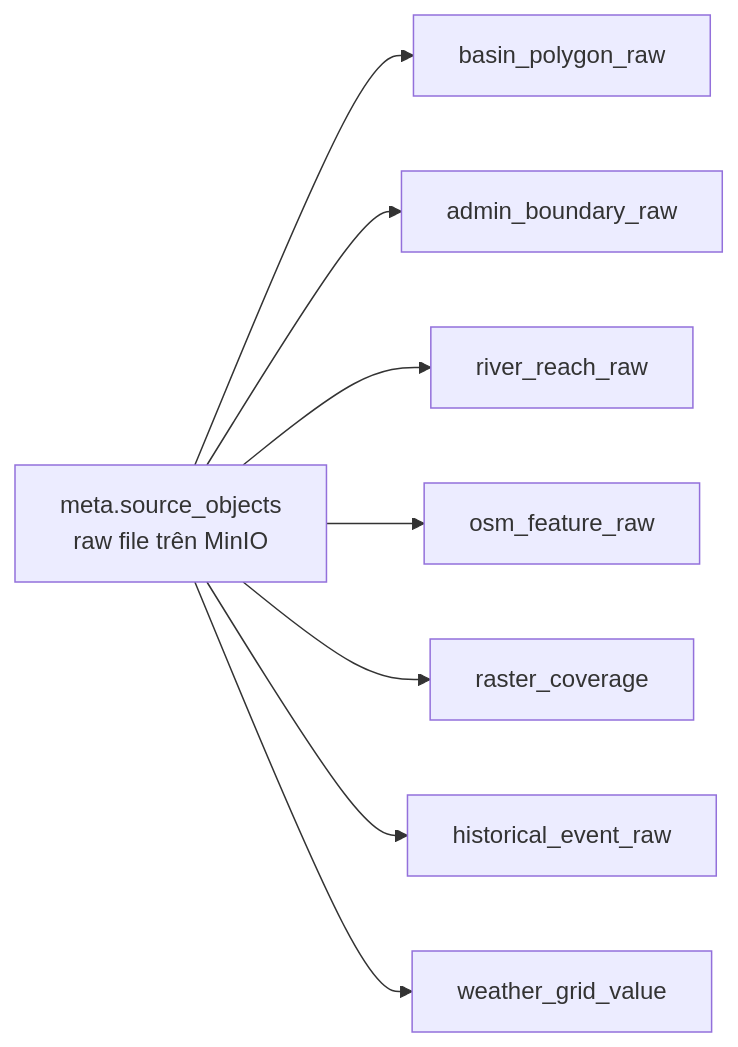
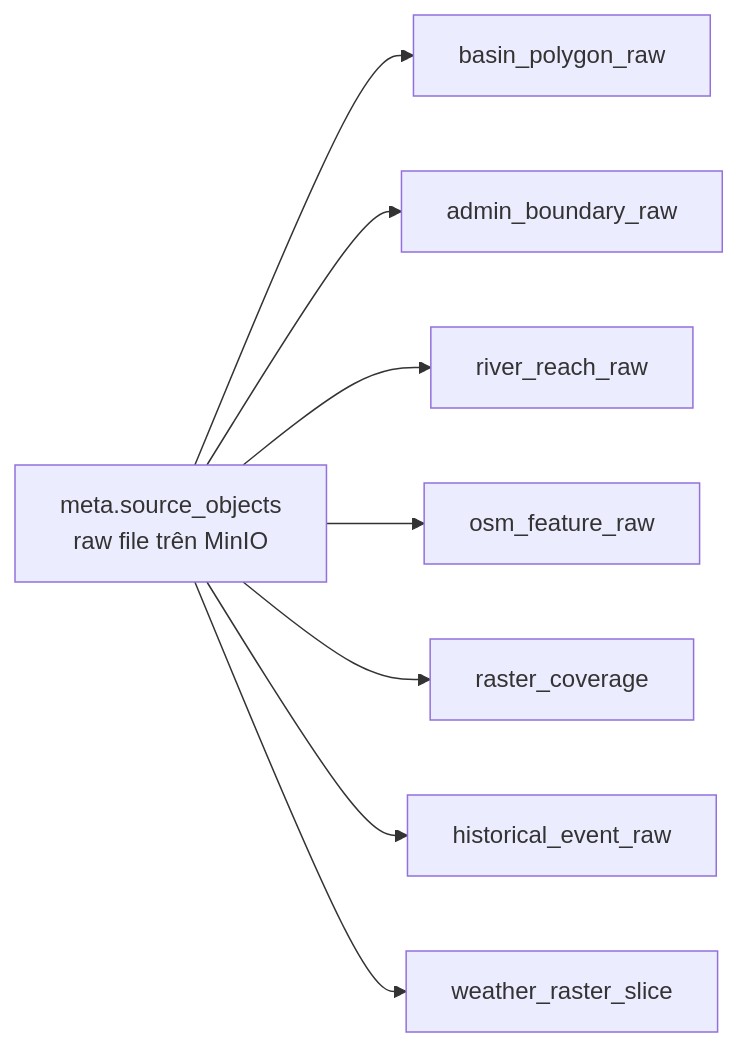
The second of 5 diagrams in docs/schema_contract/data.md (cloud-vmih/flood-lake-kg), drawn with Mermaid before and after one commit. The commit also changed other lines of this file and 6 other files, not shown here.

Commit message:
docs: describe scoped weather raster pipelines

````diff
--- a/docs/schema_contract/data.md
+++ b/docs/schema_contract/data.md
@@ -257,10 +279,10 @@
 ```mermaid
 flowchart LR
   SO["meta.source_objects<br/>raw file trên MinIO"] --> BP["basin_polygon_raw"]
   SO --> AB["admin_boundary_raw"]
   SO --> RR["river_reach_raw"]
   SO --> OF["osm_feature_raw"]
   SO --> RC["raster_coverage"]
   SO --> HE["historical_event_raw"]
-  SO --> WV["weather_grid_value"]
+  SO --> WV["weather_raster_slice"]
 ```
````
